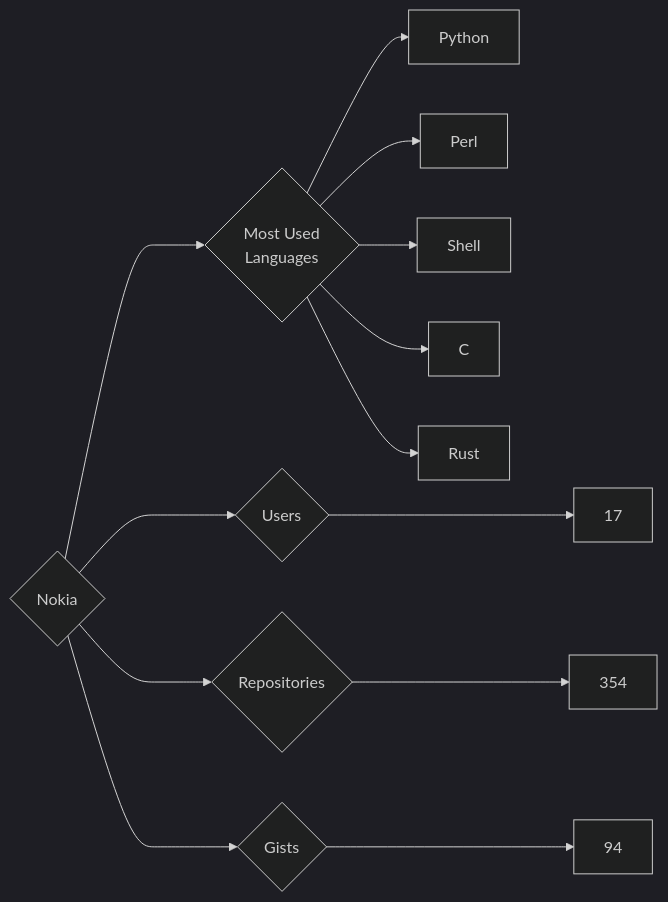
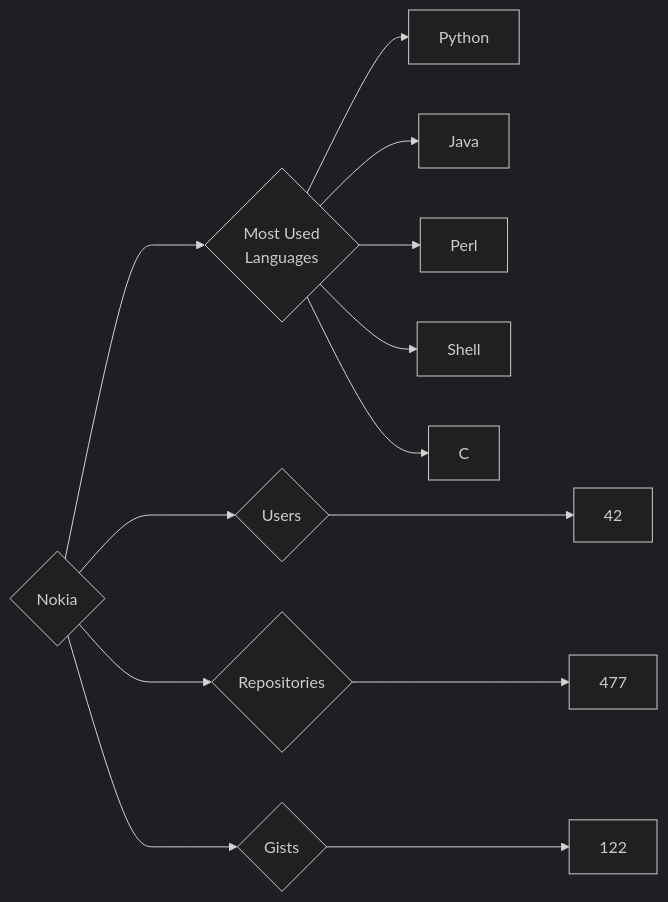
Before and after one commit to trickest/insiders: the diagram in targets/Nokia/README.md, drawn with Mermaid (dark theme). The commit also changed 939 other files, not shown here.

````diff
--- a/targets/Nokia/README.md
+++ b/targets/Nokia/README.md
@@ -3,13 +3,13 @@
 ```mermaid
 graph LR
 COMPANY_NAME{Nokia}
-COMPANY_NAME ---> U{Users} ---> UN[17]
-COMPANY_NAME ---> R{Repositories} ---> RN[354]
-COMPANY_NAME ---> G{Gists} ---> GN[94]
+COMPANY_NAME ---> U{Users} ---> UN[42]
+COMPANY_NAME ---> R{Repositories} ---> RN[477]
+COMPANY_NAME ---> G{Gists} ---> GN[122]
 COMPANY_NAME ---> ML{Most Used<br>Languages}
 ML --> Python[Python]
+ML --> Java[Java]
 ML --> Perl[Perl]
 ML --> Shell[Shell]
 ML --> C[C]
-ML --> Rust[Rust]
 ```
````
